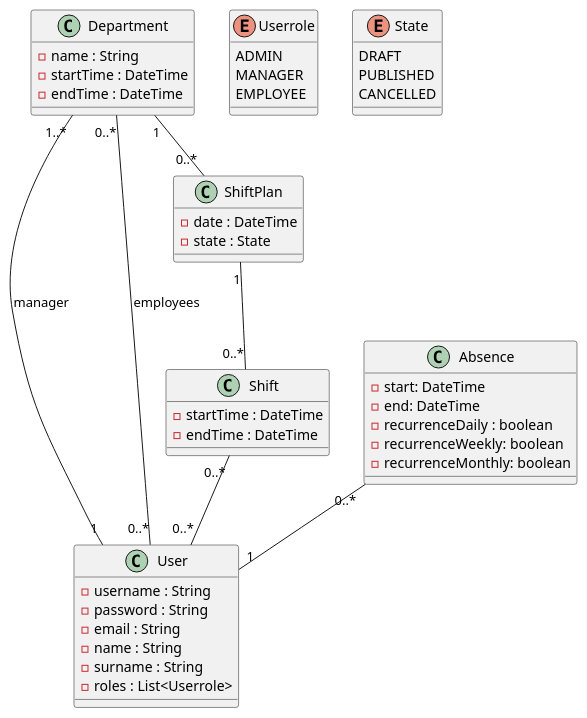
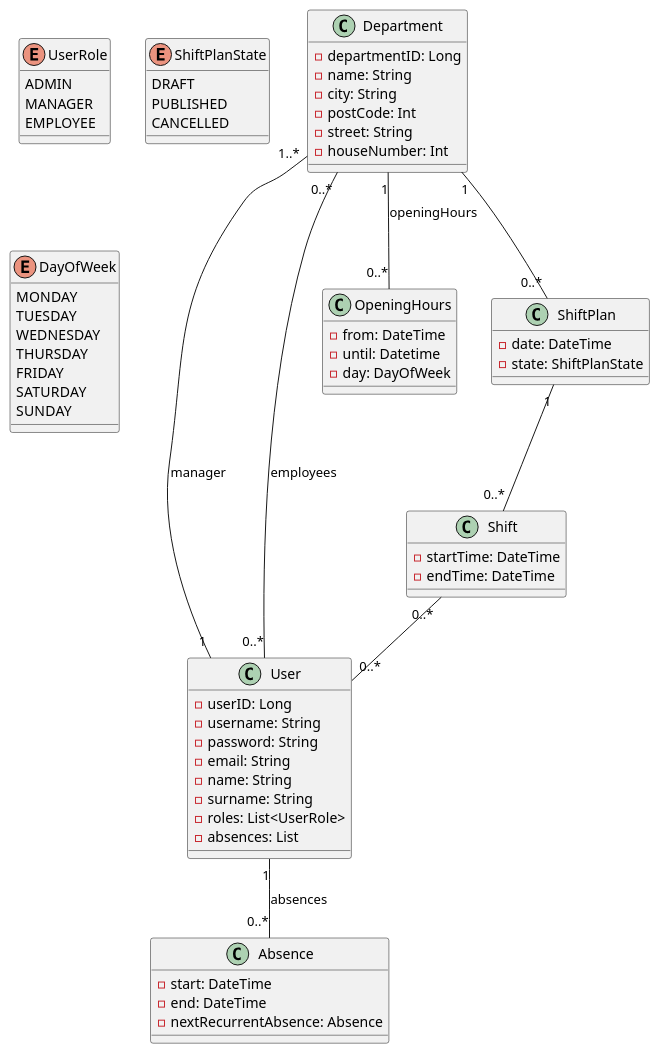
The diagram in artefacts/domain-model.puml (valiferst/shift_planner), drawn with PlantUML before and after one commit. The commit also changed 2 other files, not shown here.

Commit message:
add DayOfWeek, modify Absence as linked list, align indentations

```diff
--- a/artefacts/domain-model.puml
+++ b/artefacts/domain-model.puml
@@ -1,57 +1,77 @@
 @startuml
 ' Define classes
 class User {
-    - username : String
-    - password : String
-    - email : String
-    - name : String
-    - surname : String
-    - roles : List<Userrole>
+    - userID: Long
+    - username: String
+    - password: String
+    - email: String
+    - name: String
+    - surname: String
+    - roles: List<UserRole>
+    - absences: List
 }
 
 class Department {
-  - name : String
-  - startTime : DateTime
-  - endTime : DateTime
+    - departmentID: Long
+    - name: String
+    - city: String
+    - postCode: Int
+    - street: String
+    - houseNumber: Int
+}
+
+class OpeningHours {
+    - from: DateTime
+    - until: Datetime
+    - day: DayOfWeek
 }
 
 class Absence {
     - start: DateTime
     - end: DateTime
-    - recurrenceDaily : boolean
-    - recurrenceWeekly: boolean
-    - recurrenceMonthly: boolean
+    - nextRecurrentAbsence: Absence
 }
 
 class ShiftPlan {
-  - date : DateTime
-  - state : State
+    - date: DateTime
+    - state: ShiftPlanState
 }
 
 class Shift {
-  - startTime : DateTime
-  - endTime : DateTime
+    - startTime: DateTime
+    - endTime: DateTime
 }
 
-enum Userrole {
-  ADMIN
-  MANAGER
-  EMPLOYEE
+enum UserRole {
+    ADMIN
+    MANAGER
+    EMPLOYEE
 }
 
-enum State {
-  DRAFT
-  PUBLISHED
-  CANCELLED
+enum ShiftPlanState {
+    DRAFT
+    PUBLISHED
+    CANCELLED
+}
+
+enum DayOfWeek {
+    MONDAY
+    TUESDAY
+    WEDNESDAY
+    THURSDAY
+    FRIDAY
+    SATURDAY
+    SUNDAY
 }
 
 ' Define relationships
-Department "1..*" -- "1" User : manager
-Department "0..*" -- "0..*" User : employees
+Department "1..*" -- "1" User: manager
+Department "0..*" -- "0..*" User: employees
 Department "1" -- "0..*" ShiftPlan
+Department "1" -- "0..*" OpeningHours: openingHours
 ShiftPlan "1" -- "0..*" Shift
 Shift "0..*" -- "0..*" User
-Absence "0..*" -- "1" User
+User "1" -- "0..*" Absence: absences
 
 
 @enduml
```
